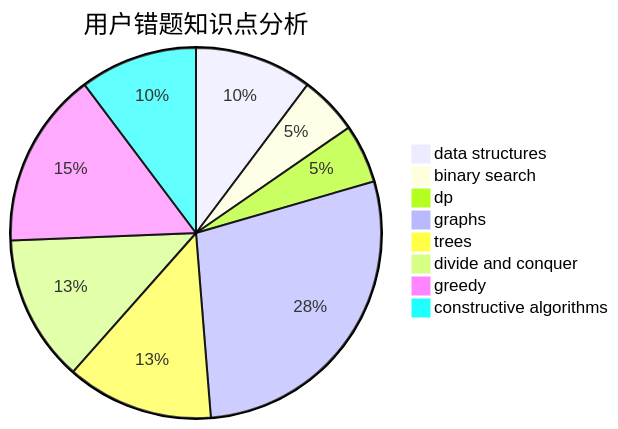
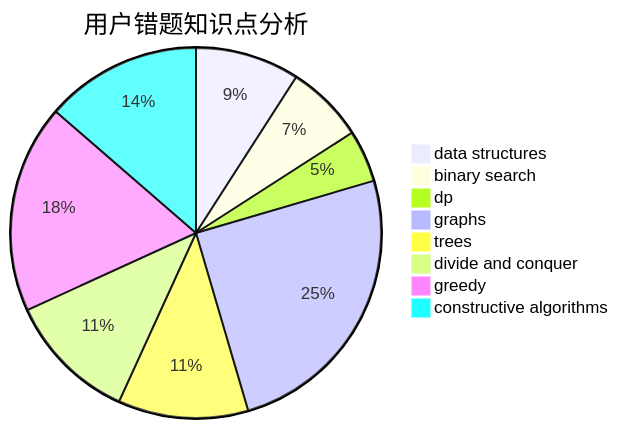
The third of 3 diagrams in docs/user/u1859.md (sherpahu/cfrs.github.io), drawn with Mermaid before and after one commit. The commit also changed other lines of this file and 2770 other files, not shown here.

````diff
--- a/docs/user/u1859.md
+++ b/docs/user/u1859.md
@@ -36,11 +36,11 @@
 ```mermaid
 pie title 用户错题知识点分析
     "data structures" :  4
-    "binary search" :  2
+    "binary search" :  3
     "dp" :  2
     "graphs" :  11
     "trees" :  5
     "divide and conquer" :  5
-    "greedy" :  6
-    "constructive algorithms" :  4
+    "greedy" :  8
+    "constructive algorithms" :  6
 ```
````
